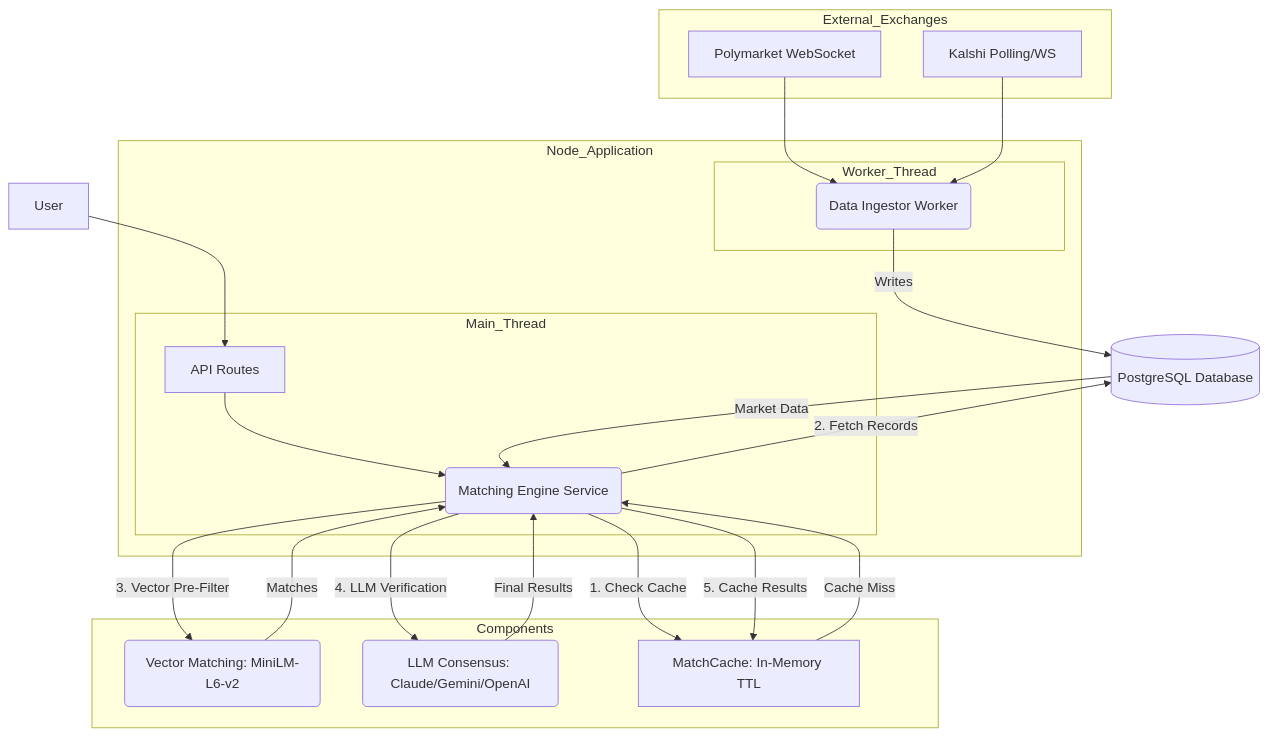
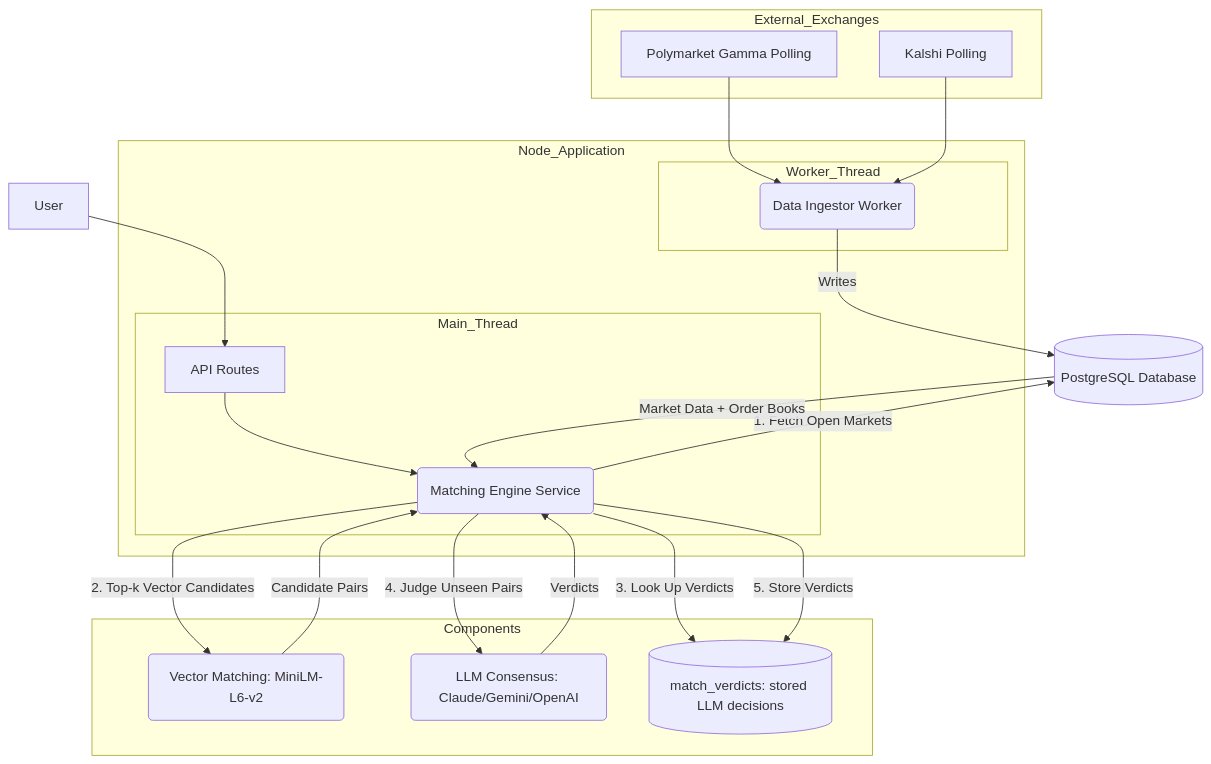
One commit to ivaaak/PredictionMarket-Arbitrage changed the diagram in README.md. Above: the diagram before and after it, drawn with Mermaid. The commit also changed other lines of this file and 36 other files, not shown here.

````diff
--- a/README.md
+++ b/README.md
@@ -79,43 +79,42 @@
 ```mermaid
 graph TD
     subgraph External_Exchanges
-        E[Polymarket WebSocket]
-        F[Kalshi Polling/WS]
+        E[Polymarket Gamma Polling]
+        F[Kalshi Polling]
     end
 
     subgraph Node_Application
         subgraph Main_Thread
             B(Matching Engine Service)
             Z[API Routes]
         end
         subgraph Worker_Thread
             C(Data Ingestor Worker)
         end
     end
 
     subgraph Components
         G(Vector Matching: MiniLM-L6-v2)
         H(LLM Consensus: Claude/Gemini/OpenAI)
-        I[MatchCache: In-Memory TTL]
+        I[(match_verdicts: stored LLM decisions)]
     end
 
     D[(PostgreSQL Database)]
 
     A[User] --> Z
     Z --> B
     
     E --> C
     F --> C
     C -- Writes --> D
     
-    B -- 1. Check Cache --> I
-    I -- Cache Miss --> B
-    B -- 2. Fetch Records --> D
-    D -- Market Data --> B
-    B -- 3. Vector Pre-Filter --> G
-    G -- Matches --> B
-    B -- 4. LLM Verification --> H
-    H -- Final Results --> B
-    B -- 5. Cache Results --> I
+    B -- 1. Fetch Open Markets --> D
+    D -- Market Data + Order Books --> B
+    B -- 2. Top-k Vector Candidates --> G
+    G -- Candidate Pairs --> B
+    B -- 3. Look Up Verdicts --> I
+    B -- 4. Judge Unseen Pairs --> H
+    H -- Verdicts --> B
+    B -- 5. Store Verdicts --> I
 
 ```
````
